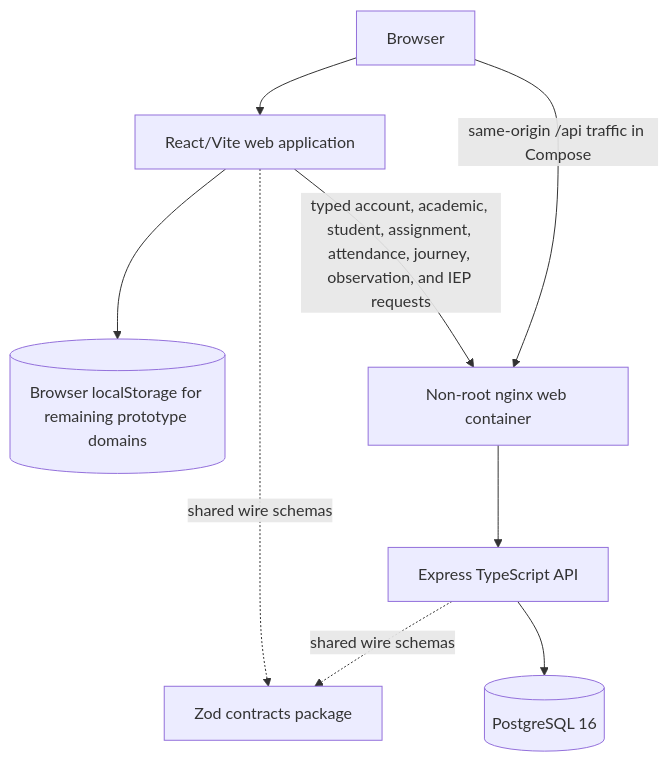
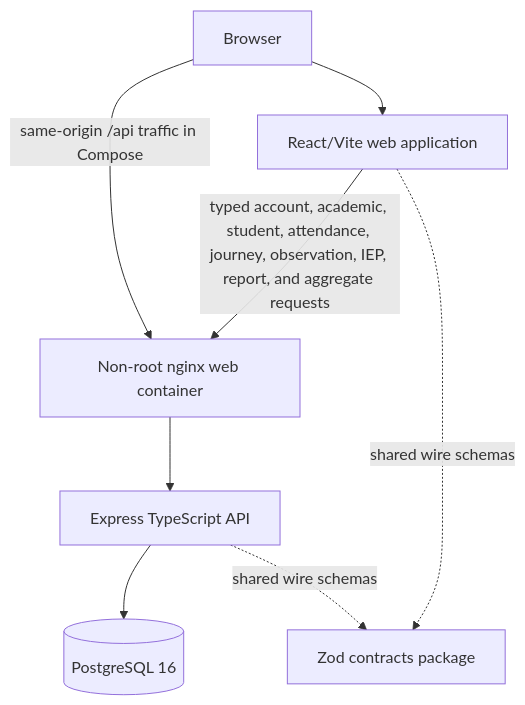
One commit to MWS-MAD-Labs/MWS-Learnspace changed the diagram in README.md. Above: the diagram before and after it, drawn with Mermaid. The commit also changed other lines of this file and 17 other files, not shown here.

````diff
--- a/README.md
+++ b/README.md
@@ -33,11 +33,10 @@
 ```mermaid
 flowchart TB
     Browser[Browser] --> Web[React/Vite web application]
-    Web --> LocalStorage[(Browser localStorage for remaining prototype domains)]
-    Web -->|typed account, academic, student, assignment, attendance, journey, observation, and IEP requests| Proxy
+    Web -->|typed account, academic, student, attendance, journey, observation, IEP, report, and aggregate requests| Proxy
     Browser -->|same-origin /api traffic in Compose| Proxy[Non-root nginx web container]
     Proxy --> API[Express TypeScript API]
     API --> DB[(PostgreSQL 16)]
     Web -. shared wire schemas .-> Contracts[Zod contracts package]
     API -. shared wire schemas .-> Contracts
 ```
````
